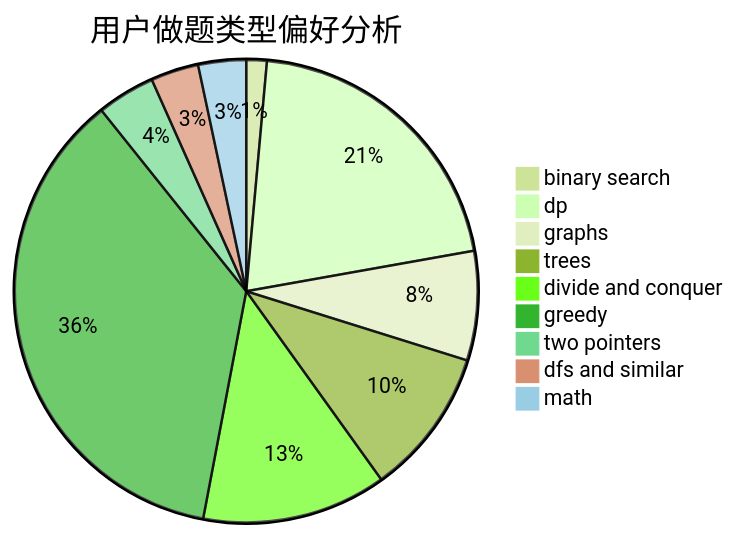
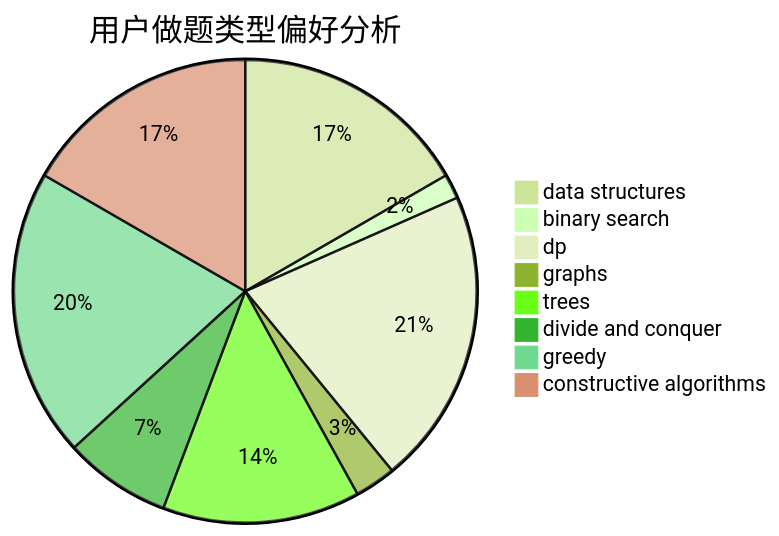
One commit to sherpahu/cfrs.github.io changed the second of 3 diagrams in docs/user/u2766.md. Above: the diagram before and after it, drawn with Mermaid (forest theme). The commit also changed other lines of this file and 2775 other files, not shown here.

````diff
--- a/docs/user/u2766.md
+++ b/docs/user/u2766.md
@@ -23,12 +23,11 @@
 ```mermaid
 pie title 用户做题类型偏好分析
-    "binary search" :  6
-    "dp" :  87
-    "graphs" :  32
-    "trees" :  43
-    "divide and conquer" :  54
-    "greedy" :  152
-    "two pointers" :  17
-    "dfs and similar" :  14
-    "math" :  14
+    "data structures" :  29
+    "binary search" :  3
+    "dp" :  36
+    "graphs" :  5
+    "trees" :  24
+    "divide and conquer" :  13
+    "greedy" :  35
+    "constructive algorithms" :  29
 ```
````
